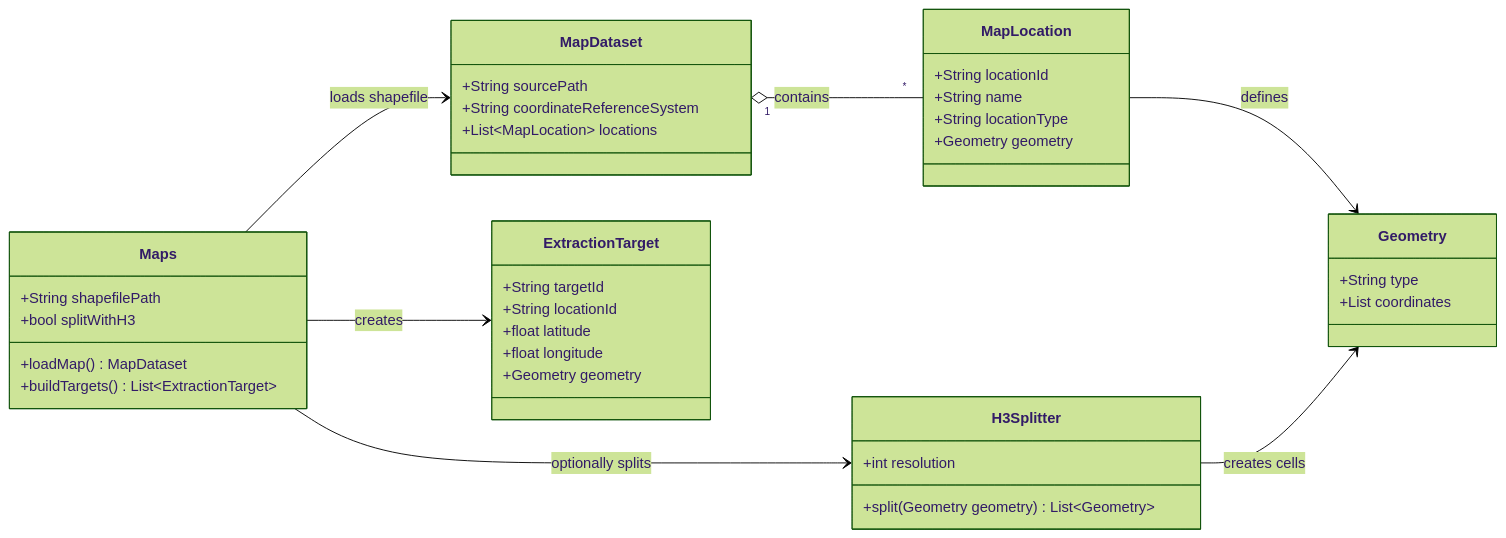
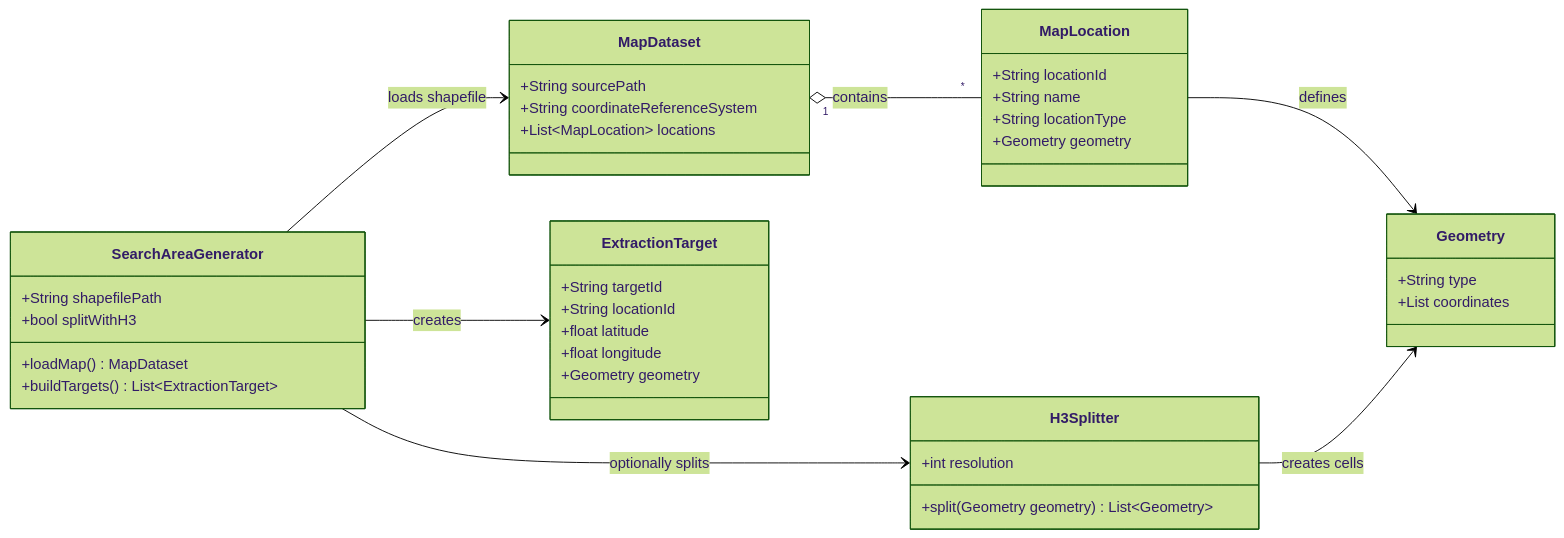
The diagram in docs/c4/level_4_code/data_ingestion/area_generator.md (mentoria-edu/data_vet), drawn with Mermaid (forest theme) before and after one commit. The commit also changed other lines of this file and 5 other files, not shown here.

````diff
--- a/docs/c4/level_4_code/data_ingestion/area_generator.md
+++ b/docs/c4/level_4_code/data_ingestion/area_generator.md
@@ -3,49 +5,49 @@
 ```mermaid
 classDiagram
 direction LR
 
-class Maps {
+class SearchAreaGenerator {
   +String shapefilePath
   +bool splitWithH3
   +loadMap() MapDataset
   +buildTargets() List~ExtractionTarget~
 }
 
 class MapDataset {
   +String sourcePath
   +String coordinateReferenceSystem
   +List~MapLocation~ locations
 }
 
 class MapLocation {
   +String locationId
   +String name
   +String locationType
   +Geometry geometry
 }
 
 class H3Splitter {
   +int resolution
   +split(Geometry geometry) List~Geometry~
 }
 
 class ExtractionTarget {
   +String targetId
   +String locationId
   +float latitude
   +float longitude
   +Geometry geometry
 }
 
 class Geometry {
   +String type
   +List coordinates
 }
 
-Maps --> MapDataset : loads shapefile
-Maps --> H3Splitter : optionally splits
-Maps --> ExtractionTarget : creates
+SearchAreaGenerator --> MapDataset : loads shapefile
+SearchAreaGenerator --> H3Splitter : optionally splits
+SearchAreaGenerator --> ExtractionTarget : creates
 MapDataset "1" o-- "*" MapLocation : contains
 MapLocation --> Geometry : defines
 H3Splitter --> Geometry : creates cells
 ```
````
